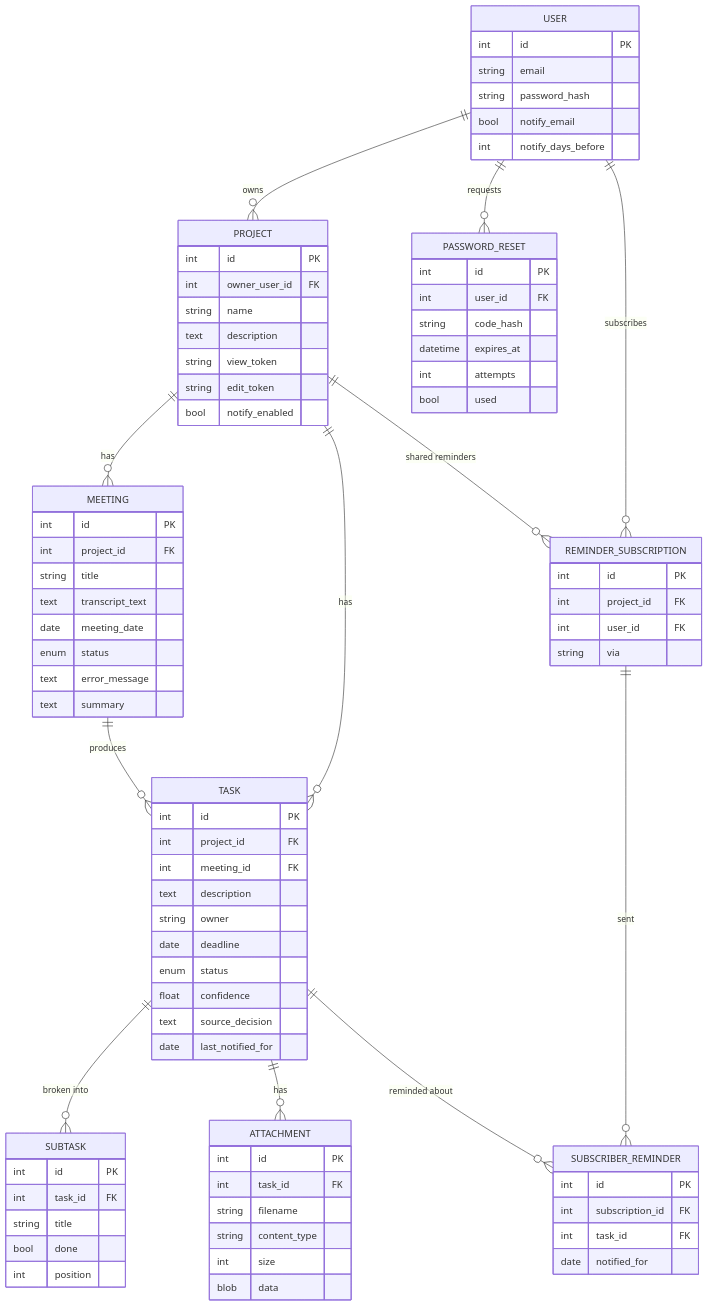
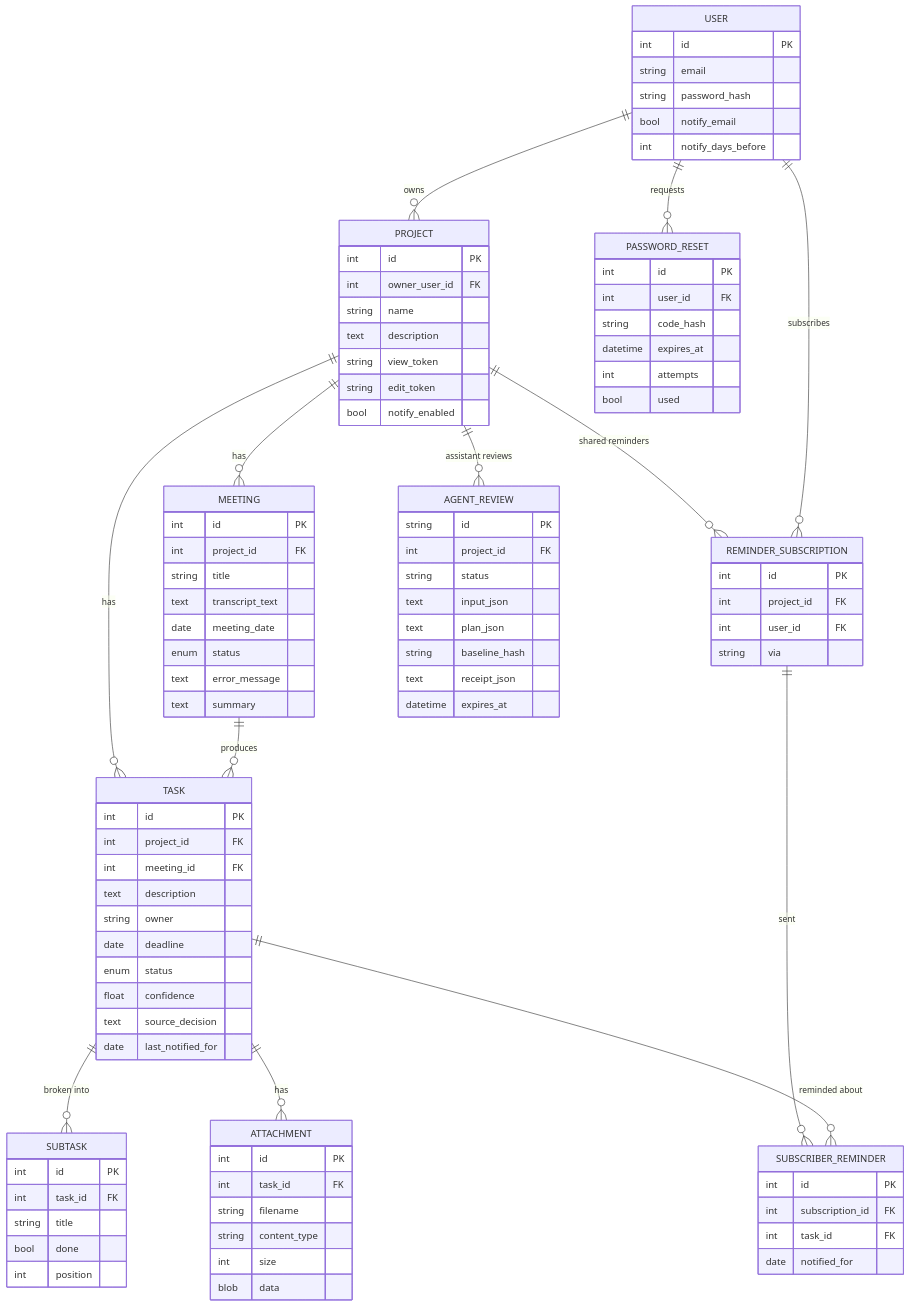
One commit to chinliong/meeting-orchestrator changed the third of 3 diagrams in docs/architecture.md. Above: the diagram before and after it, drawn with Mermaid. The commit also changed other lines of this file and 2 other files, not shown here.

Commit message:
Document the meeting assistant in the API spec and architecture
The API spec lists the assistant's endpoints, the architecture adds the agent_reviews table, the assistant's routes and its place in the import flow, and the guide no longer says the deployment is unchanged.

````diff
--- a/docs/architecture.md
+++ b/docs/architecture.md
@@ -234,6 +242,7 @@
     USER ||--o{ REMINDER_SUBSCRIPTION : "subscribes"
     REMINDER_SUBSCRIPTION ||--o{ SUBSCRIBER_REMINDER : "sent"
     TASK ||--o{ SUBSCRIBER_REMINDER : "reminded about"
+    PROJECT ||--o{ AGENT_REVIEW : "assistant reviews"
     USER {
         int id PK
         string email
@@ -307,4 +316,14 @@
         int task_id FK
         date notified_for
     }
+    AGENT_REVIEW {
+        string id PK
+        int project_id FK
+        string status
+        text input_json
+        text plan_json
+        string baseline_hash
+        text receipt_json
+        datetime expires_at
+    }
 ```
````
